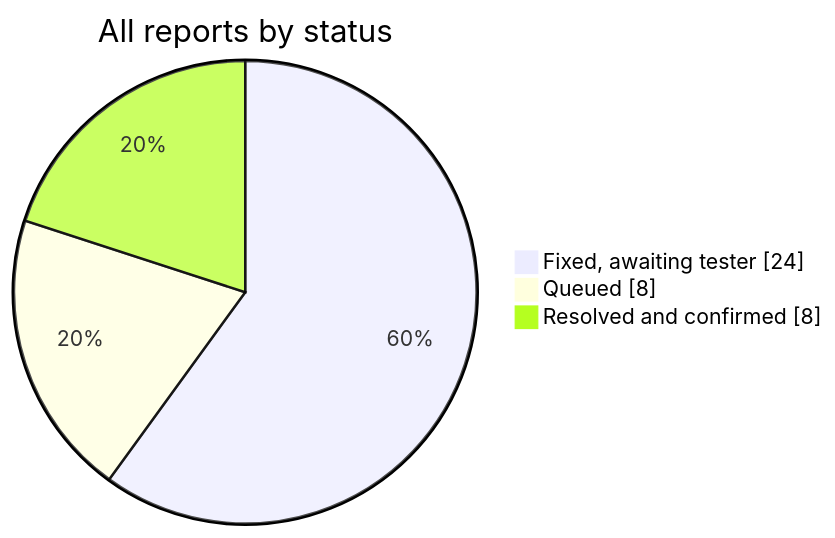
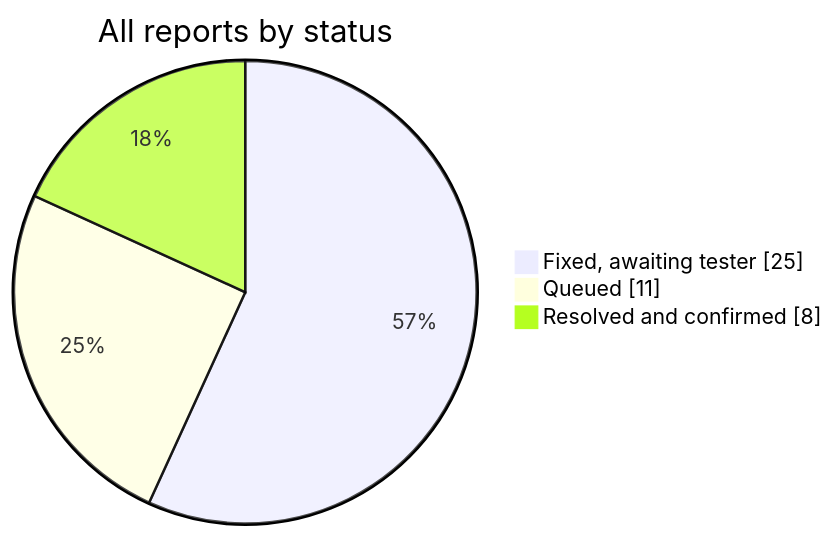
The first of 3 diagrams in README.md (silkyclouds/pmda-tracker), drawn with Mermaid before and after one commit. The commit also changed other lines of this file, not shown here.

````diff
--- a/README.md
+++ b/README.md
@@ -15,6 +15,6 @@
 ```mermaid
 pie showData title All reports by status
-    "Fixed, awaiting tester" : 24
-    "Queued" : 8
+    "Fixed, awaiting tester" : 25
+    "Queued" : 11
     "Resolved and confirmed" : 8
 ```
````
